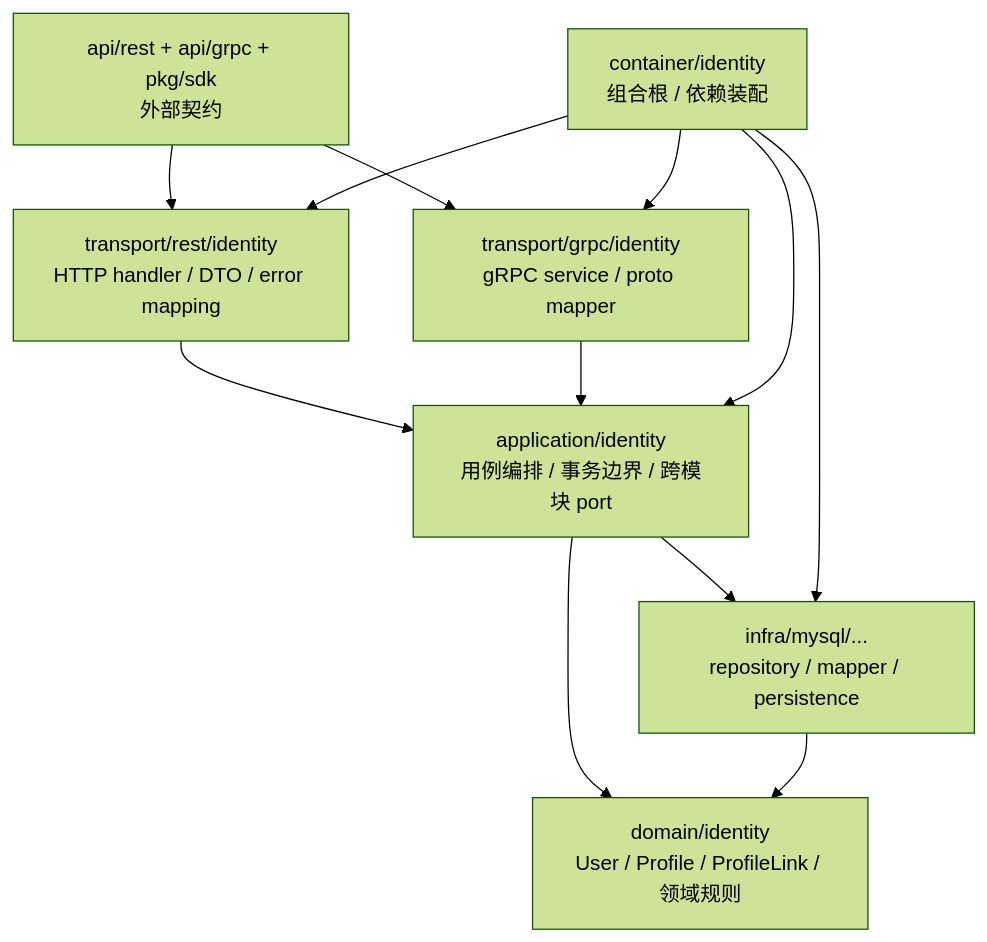
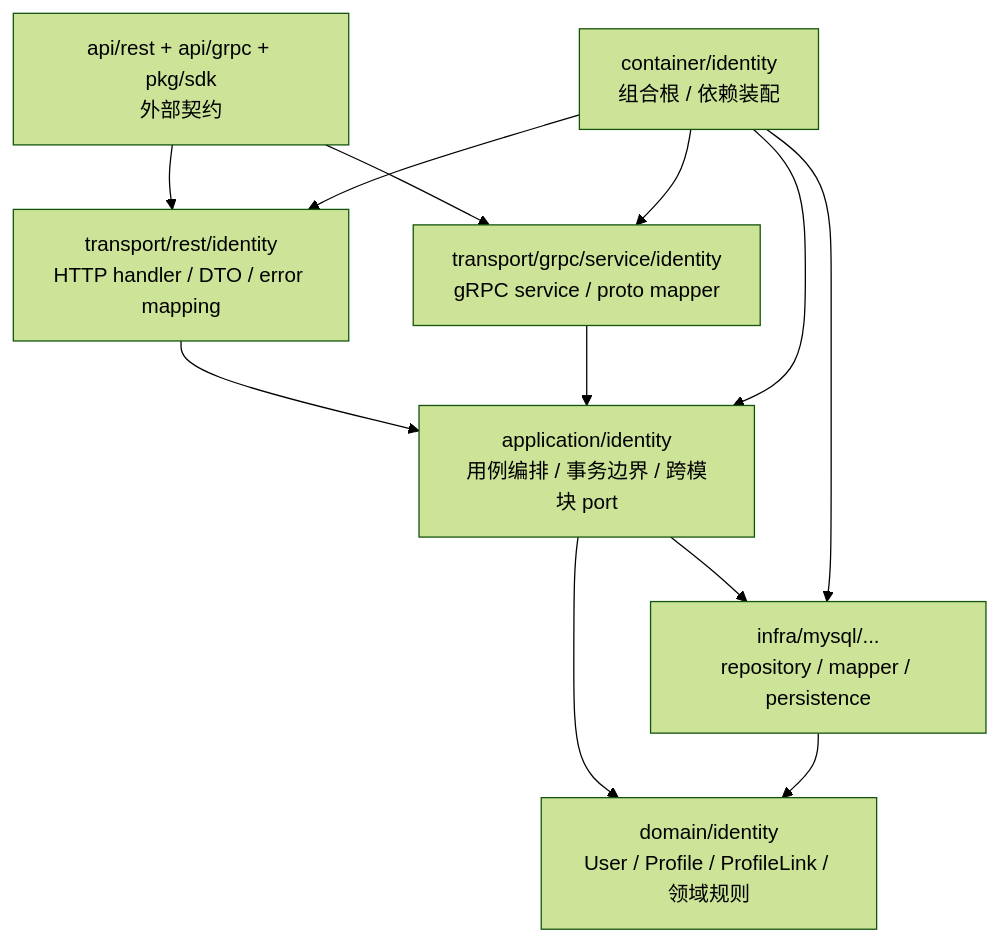
The diagram in docs/02-业务模块/01-Identity/05-分层架构与代码索引.md (FangcunMount/iam), drawn with Mermaid (forest theme) before and after one commit. The commit also changed other lines of this file and 45 other files, not shown here.

````diff
--- a/docs/02-业务模块/01-Identity/05-分层架构与代码索引.md
+++ b/docs/02-业务模块/01-Identity/05-分层架构与代码索引.md
@@ -57,22 +57,22 @@
 ```mermaid
 flowchart TD
     Contract["api/rest + api/grpc + pkg/sdk\n外部契约"]
     Rest["transport/rest/identity\nHTTP handler / DTO / error mapping"]
-    Grpc["transport/grpc/identity\ngRPC service / proto mapper"]
+    Grpc["transport/grpc/service/identity\ngRPC service / proto mapper"]
     App["application/identity\n用例编排 / 事务边界 / 跨模块 port"]
     Domain["domain/identity\nUser / Profile / ProfileLink / 领域规则"]
     Infra["infra/mysql/...\nrepository / mapper / persistence"]
     Container["container/identity\n组合根 / 依赖装配"]
 
     Contract --> Rest
     Contract --> Grpc
     Rest --> App
     Grpc --> App
     App --> Domain
     App --> Infra
     Infra --> Domain
     Container --> Rest
     Container --> Grpc
     Container --> App
     Container --> Infra
 ```
````
